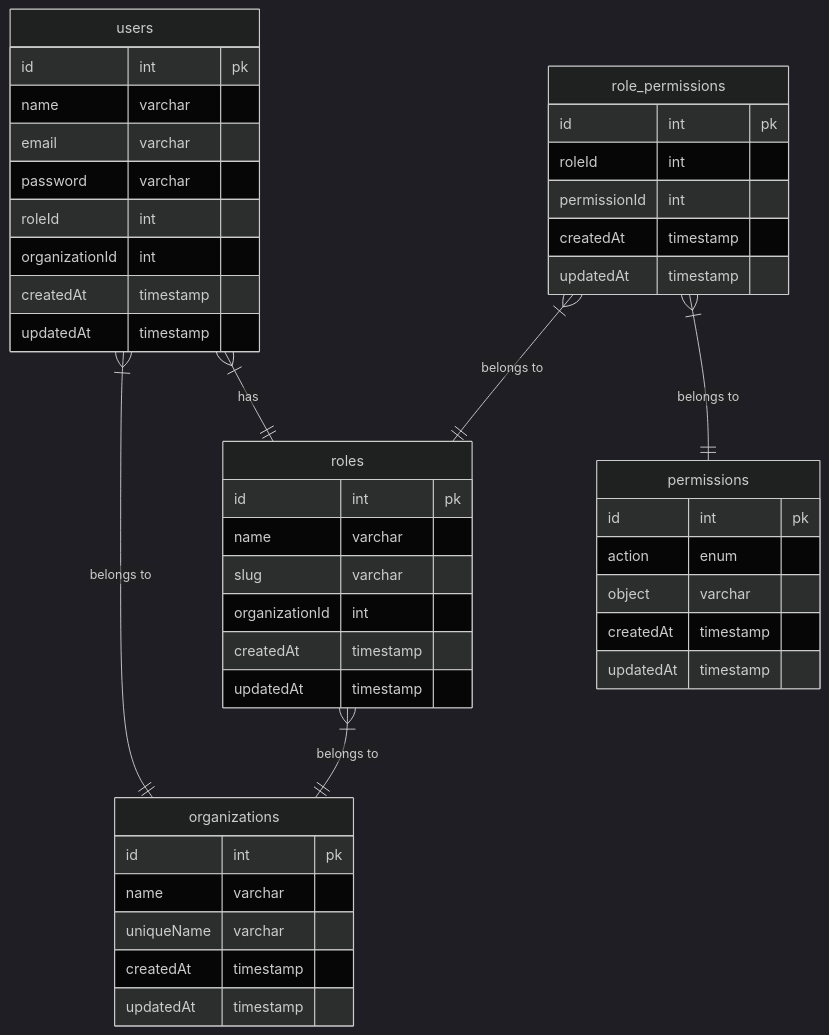
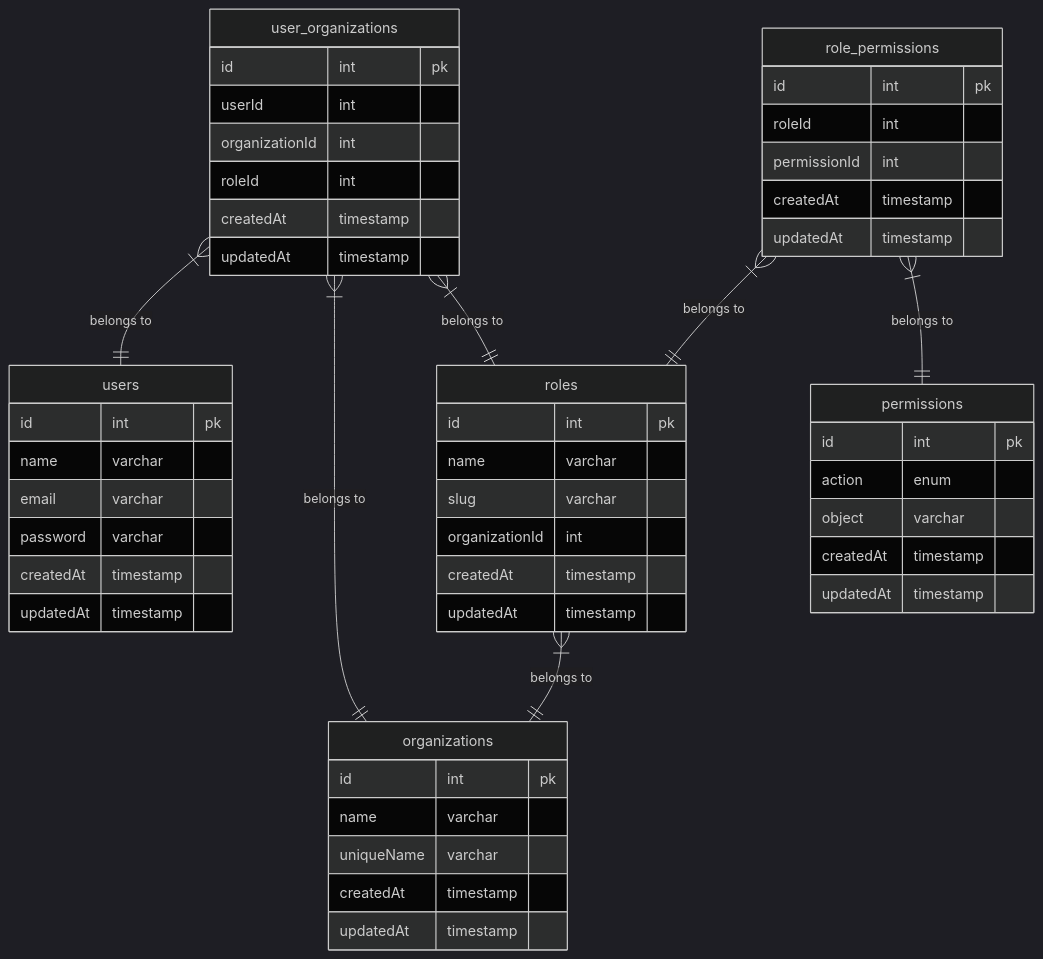
The diagram in docs/db-schema/README.md (dylan751/ramen), drawn with Mermaid (dark theme) before and after one commit. The commit also changed 2 other files, not shown here.

Commit message:
feat: migration for user org

````diff
--- a/docs/db-schema/README.md
+++ b/docs/db-schema/README.md
@@ -15,52 +15,60 @@
 ```mermaid
 erDiagram
     organizations {
         id int pk
         name varchar
         uniqueName varchar
         createdAt timestamp
         updatedAt timestamp
     }
 
     roles {
         id int pk
         name varchar
         slug varchar
         organizationId int
         createdAt timestamp
         updatedAt timestamp
     }
 
     users {
         id int pk
         name varchar
         email varchar
         password varchar
+        createdAt timestamp
+        updatedAt timestamp
+    }
+
+    user_organizations {
+        id int pk
+        userId int
+        organizationId int
         roleId int
-        organizationId int
         createdAt timestamp
         updatedAt timestamp
     }
 
     permissions {
         id int pk
         action enum
         object varchar
         createdAt timestamp
         updatedAt timestamp
     }
 
     role_permissions {
         id int pk
         roleId int
         permissionId int
         createdAt timestamp
         updatedAt timestamp
     }
 
-    users }|--|| organizations : "belongs to"
     roles }|--|| organizations : "belongs to"
-    users }|--|| roles : has
+    user_organizations }|--|| users : "belongs to"
+    user_organizations }|--|| organizations : "belongs to"
+    user_organizations }|--|| roles : "belongs to"
     role_permissions }|--|| roles : "belongs to"
     role_permissions }|--|| permissions : "belongs to"
 ```
````
